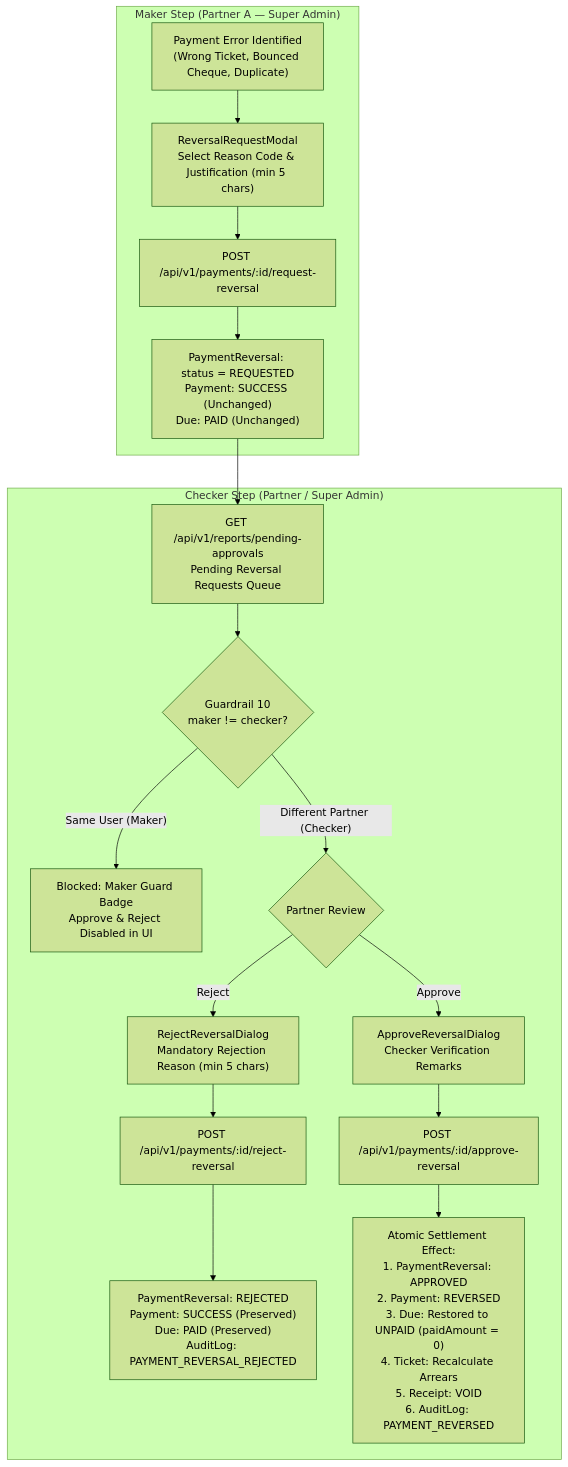
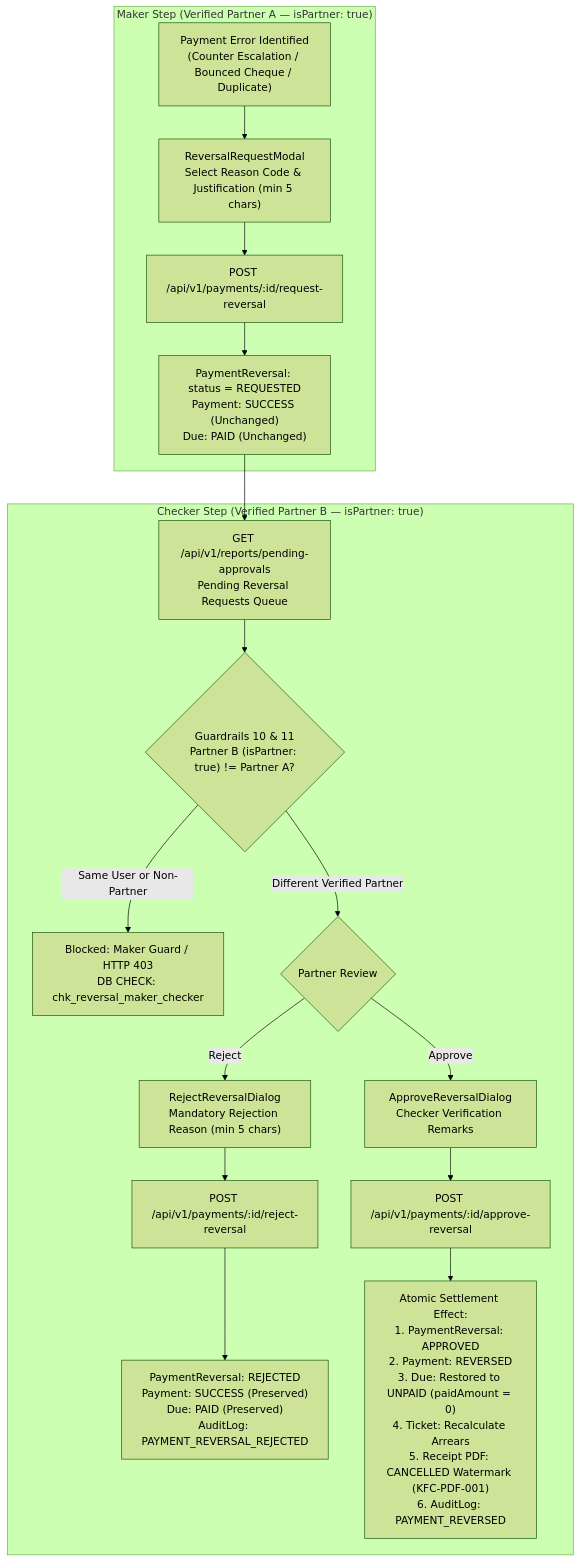
One commit to Kathir-24/Kumaran-finance changed the diagram in docs/web/payment-reversals.md. Above: the diagram before and after it, drawn with Mermaid (forest theme). The commit also changed other lines of this file and 4 other files, not shown here.

````diff
--- a/docs/web/payment-reversals.md
+++ b/docs/web/payment-reversals.md
@@ -64,23 +66,23 @@
 ```mermaid
 flowchart TD
-    subgraph MakerWorkflow["Maker Step (Partner A — Super Admin)"]
-        ERR["Payment Error Identified\n(Wrong Ticket, Bounced Cheque, Duplicate)"] --> REQMOD["ReversalRequestModal\nSelect Reason Code & Justification (min 5 chars)"]
+    subgraph MakerWorkflow["Maker Step (Verified Partner A — isPartner: true)"]
+        ERR["Payment Error Identified\n(Counter Escalation / Bounced Cheque / Duplicate)"] --> REQMOD["ReversalRequestModal\nSelect Reason Code & Justification (min 5 chars)"]
         REQMOD --> POST_REQ["POST /api/v1/payments/:id/request-reversal"]
         POST_REQ --> PEND["PaymentReversal: status = REQUESTED\nPayment: SUCCESS (Unchanged)\nDue: PAID (Unchanged)"]
     end
 
-    subgraph CheckerWorkflow["Checker Step (Partner / Super Admin)"]
+    subgraph CheckerWorkflow["Checker Step (Verified Partner B — isPartner: true)"]
         PEND --> QUEUE["GET /api/v1/reports/pending-approvals\nPending Reversal Requests Queue"]
-        QUEUE --> G10{"Guardrail 10\nmaker != checker?"}
-        G10 -- "Same User (Maker)" --> BLK["Blocked: Maker Guard Badge\nApprove & Reject Disabled in UI"]
-        G10 -- "Different Partner (Checker)" --> DECIDE{"Partner Review"}
+        QUEUE --> G10{"Guardrails 10 & 11\nPartner B (isPartner: true) != Partner A?"}
+        G10 -- "Same User or Non-Partner" --> BLK["Blocked: Maker Guard / HTTP 403\nDB CHECK: chk_reversal_maker_checker"]
+        G10 -- "Different Verified Partner" --> DECIDE{"Partner Review"}
         
         DECIDE -- "Reject" --> REJMOD["RejectReversalDialog\nMandatory Rejection Reason (min 5 chars)"]
         REJMOD --> POST_REJ["POST /api/v1/payments/:id/reject-reversal"]
         POST_REJ --> REJ_RES["PaymentReversal: REJECTED\nPayment: SUCCESS (Preserved)\nDue: PAID (Preserved)\nAuditLog: PAYMENT_REVERSAL_REJECTED"]
 
         DECIDE -- "Approve" --> APPMOD["ApproveReversalDialog\nChecker Verification Remarks"]
         APPMOD --> POST_APP["POST /api/v1/payments/:id/approve-reversal"]
-        POST_APP --> APP_RES["Atomic Settlement Effect:\n1. PaymentReversal: APPROVED\n2. Payment: REVERSED\n3. Due: Restored to UNPAID (paidAmount = 0)\n4. Ticket: Recalculate Arrears\n5. Receipt: VOID\n6. AuditLog: PAYMENT_REVERSED"]
+        POST_APP --> APP_RES["Atomic Settlement Effect:\n1. PaymentReversal: APPROVED\n2. Payment: REVERSED\n3. Due: Restored to UNPAID (paidAmount = 0)\n4. Ticket: Recalculate Arrears\n5. Receipt PDF: CANCELLED Watermark (KFC-PDF-001)\n6. AuditLog: PAYMENT_REVERSED"]
     end
 ```
````
